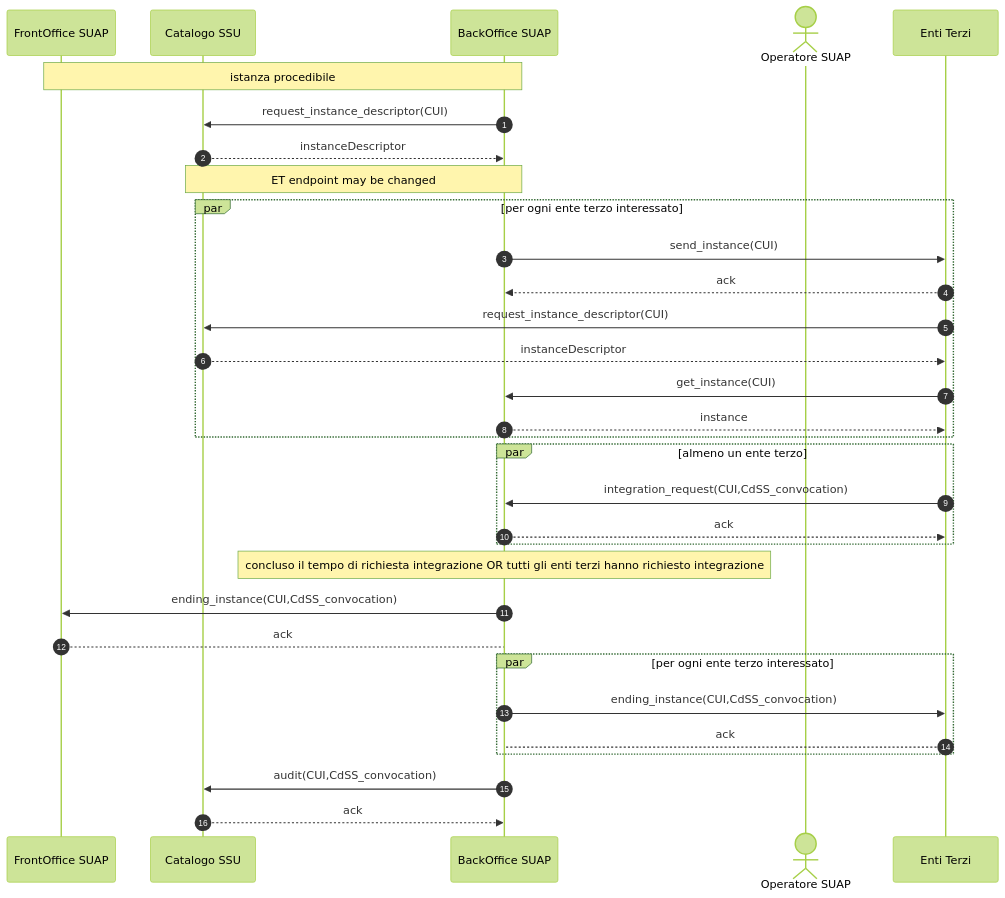
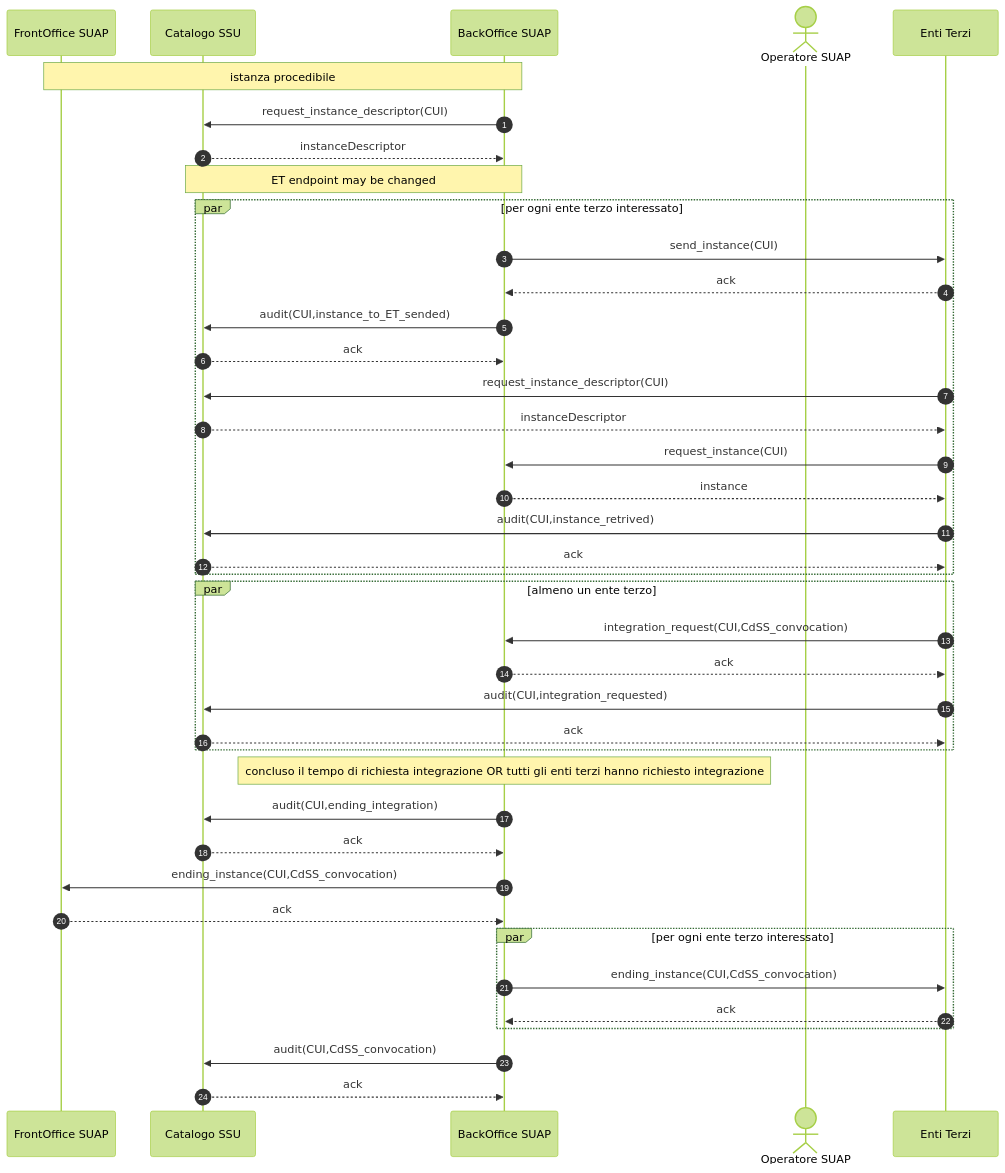
The diagram in to_interoperabilita/sequence-diagram/DomandaAutorizzazione-006.mermaid (AgID/suap-gt-specifiche), drawn with Mermaid (forest theme) before and after one commit. The commit also changed 15 other files, not shown here.

```diff
--- a/to_interoperabilita/sequence-diagram/DomandaAutorizzazione-006.mermaid
+++ b/to_interoperabilita/sequence-diagram/DomandaAutorizzazione-006.mermaid
@@ -1,37 +1,47 @@
 sequenceDiagram
     autonumber
        
     participant F as FrontOffice SUAP
     participant C as Catalogo SSU    
     participant B as BackOffice SUAP    
     actor O as Operatore SUAP    
     participant E as Enti Terzi    
    
     Note over F,B: istanza procedibile
     B ->> C: request_instance_descriptor(CUI)
     C -->> B: instanceDescriptor
     Note over C,B: ET endpoint may be changed
     
     par per ogni ente terzo interessato        
         B ->> E: send_instance(CUI)
         E -->> B: ack
+        B ->> C: audit(CUI,instance_to_ET_sended)
+        C -->> B: ack
         E ->> C: request_instance_descriptor(CUI)
         C -->> E: instanceDescriptor
-        E ->> B: get_instance(CUI)
+        E ->> B: request_instance(CUI)
         B -->> E: instance
+        E ->> C: audit(CUI,instance_retrived)
+        C -->> E: ack
     end
         
     par almeno un ente terzo
         E ->> B: integration_request(CUI,CdSS_convocation)
-        B -->> E: ack            
+        B -->> E: ack   
+        E ->> C: audit(CUI,integration_requested)
+        C -->> E: ack    		
     end
 
+    
     Note over B: concluso il tempo di richiesta integrazione OR tutti gli enti terzi hanno richiesto integrazione
+    B ->> C: audit(CUI,ending_integration)
+    C -->> B: ack
+ 
     B ->> F: ending_instance(CUI,CdSS_convocation)
-    F --> B: ack            
+    F -->> B: ack            
     par per ogni ente terzo interessato
         B ->> E: ending_instance(CUI,CdSS_convocation)
-        E --> B: ack
+        E -->> B: ack
     end
     B ->> C: audit(CUI,CdSS_convocation)
     C -->> B: ack
```
